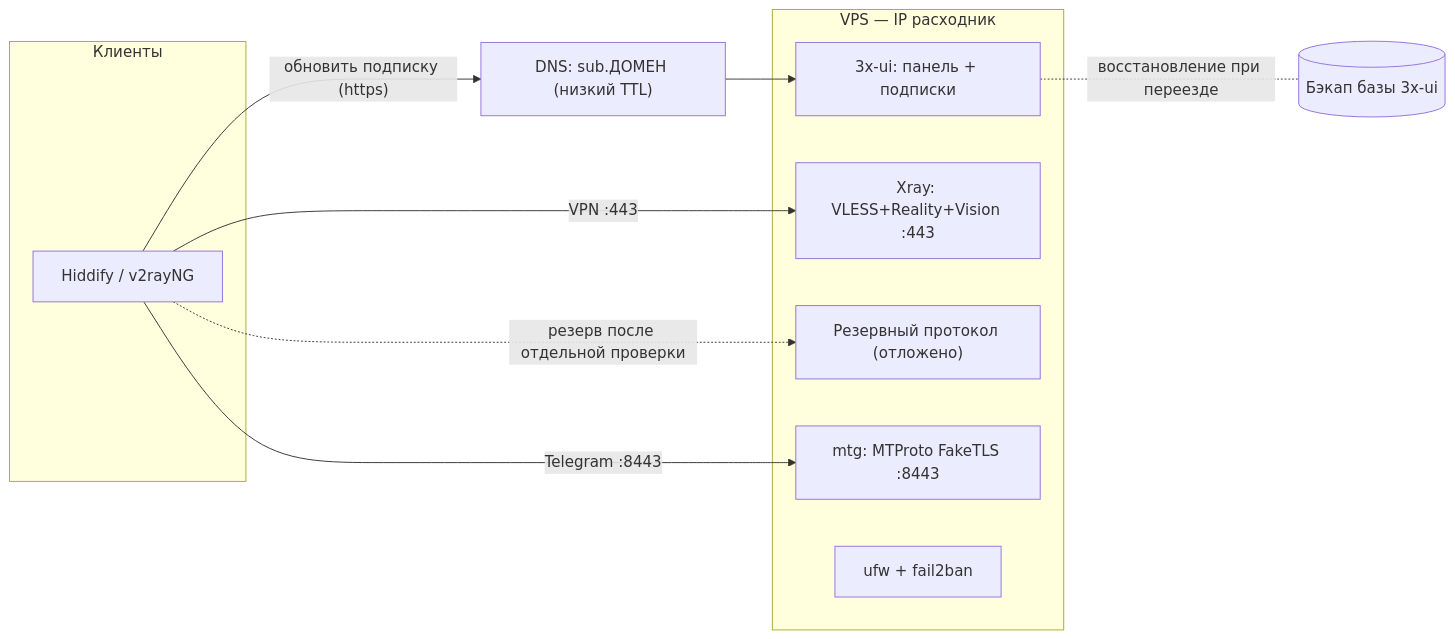
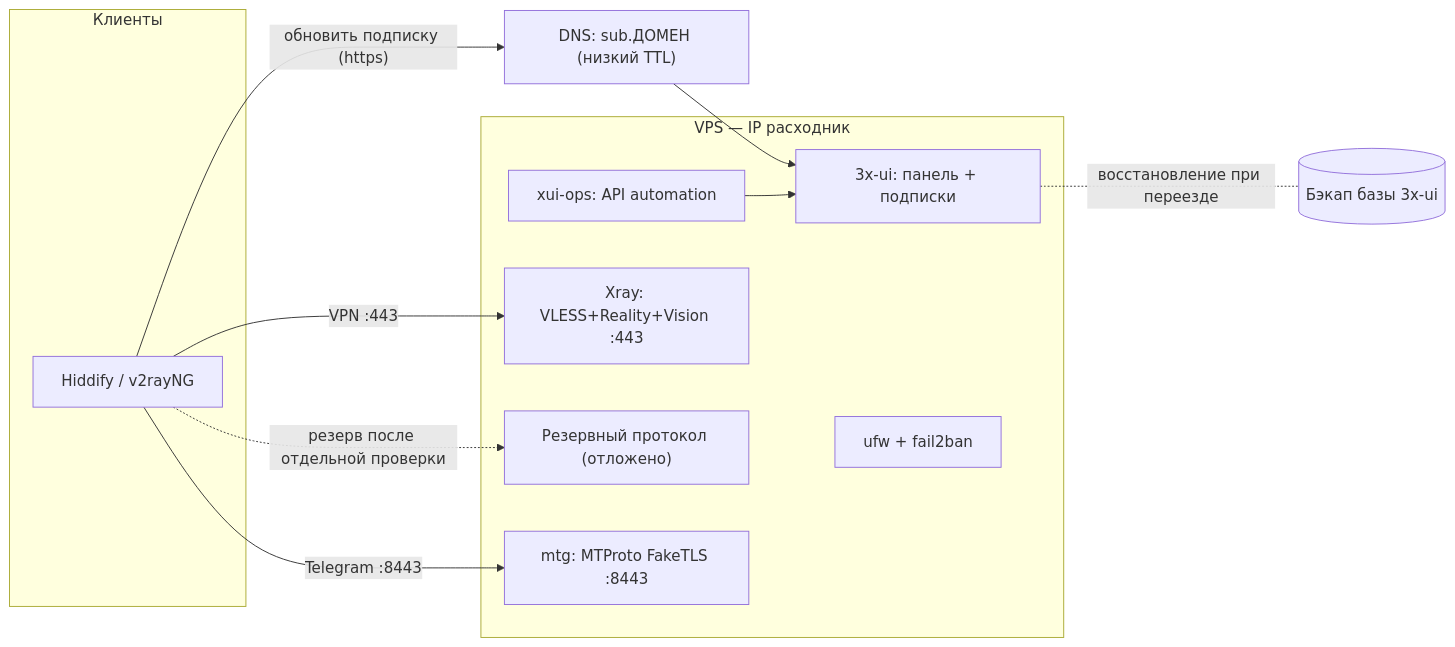
One commit to duckduckduck1/Mirage changed the diagram in docs/architecture.md. Above: the diagram before and after it, drawn with Mermaid. The commit also changed other lines of this file and 11 other files, not shown here.

````diff
--- a/docs/architecture.md
+++ b/docs/architecture.md
@@ -145,24 +150,26 @@
 ```mermaid
 flowchart LR
     subgraph C["Клиенты"]
         app["Hiddify / v2rayNG"]
     end
 
     dns["DNS: sub.ДОМЕН (низкий TTL)"]
 
     subgraph V["VPS — IP расходник"]
         panel["3x-ui: панель + подписки"]
+        ops["xui-ops: API automation"]
         xray["Xray: VLESS+Reality+Vision :443"]
         ss["Резервный протокол (отложено)"]
         mtg["mtg: MTProto FakeTLS :8443"]
         fw["ufw + fail2ban"]
     end
 
     backup[("Бэкап базы 3x-ui")]
 
     app -- "обновить подписку (https)" --> dns --> panel
     app -- "VPN :443" --> xray
+    ops --> panel
     app -. "резерв после отдельной проверки" .-> ss
     app -- "Telegram :8443" --> mtg
     panel -. "восстановление при переезде" .- backup
 ```
````
